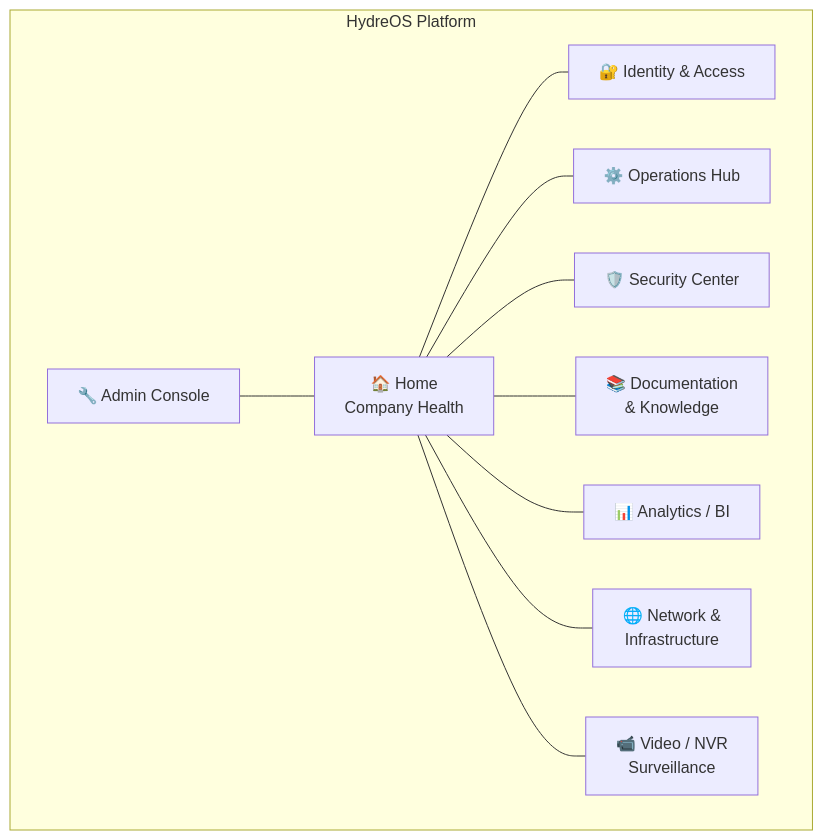
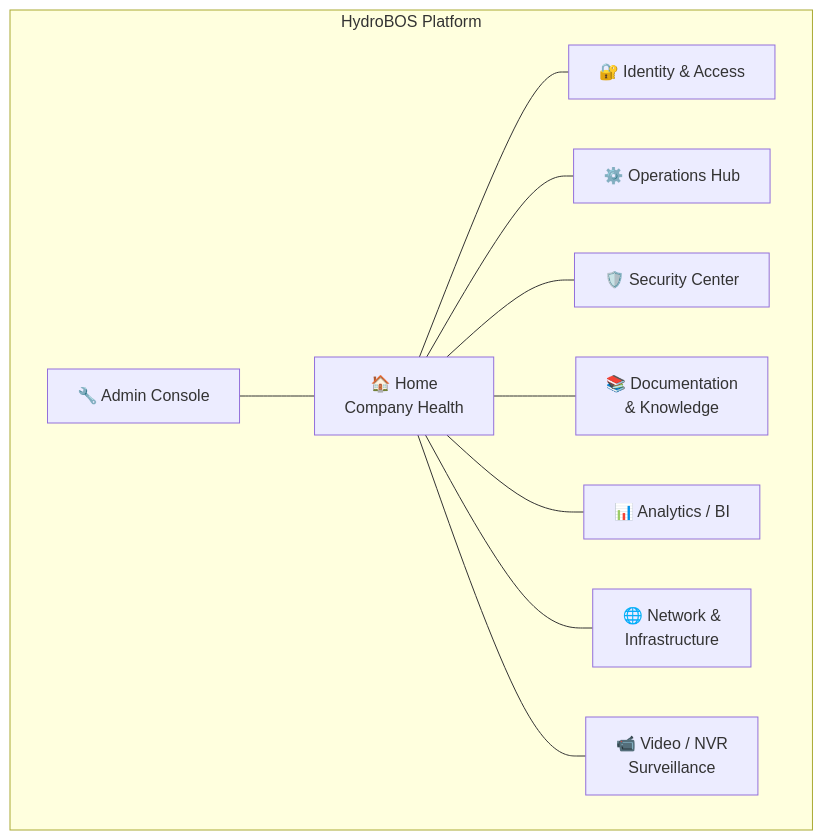
Before and after one commit to jrobinson-utahmmc/hydrobos: the first of 10 diagrams in docs/03-modules-and-features.md, drawn with Mermaid. The commit also changed other lines of this file and 11 other files, not shown here.

````diff
--- a/docs/03-modules-and-features.md
+++ b/docs/03-modules-and-features.md
@@ -15,23 +15,23 @@
 ```mermaid
 graph TB
-    subgraph "HydreOS Platform"
+    subgraph "HydroBOS Platform"
         HOME[🏠 Home<br/>Company Health]
         IAM[🔐 Identity & Access]
         OPS[⚙️ Operations Hub]
         SEC[🛡️ Security Center]
         DOC[📚 Documentation<br/>& Knowledge]
         ANA[📊 Analytics / BI]
         NET[🌐 Network &<br/>Infrastructure]
         VID[📹 Video / NVR<br/>Surveillance]
         ADM[🔧 Admin Console]
     end
 
     HOME --- IAM
     HOME --- OPS
     HOME --- SEC
     HOME --- DOC
     HOME --- ANA
     HOME --- NET
     HOME --- VID
     ADM --- HOME
 ```
````
